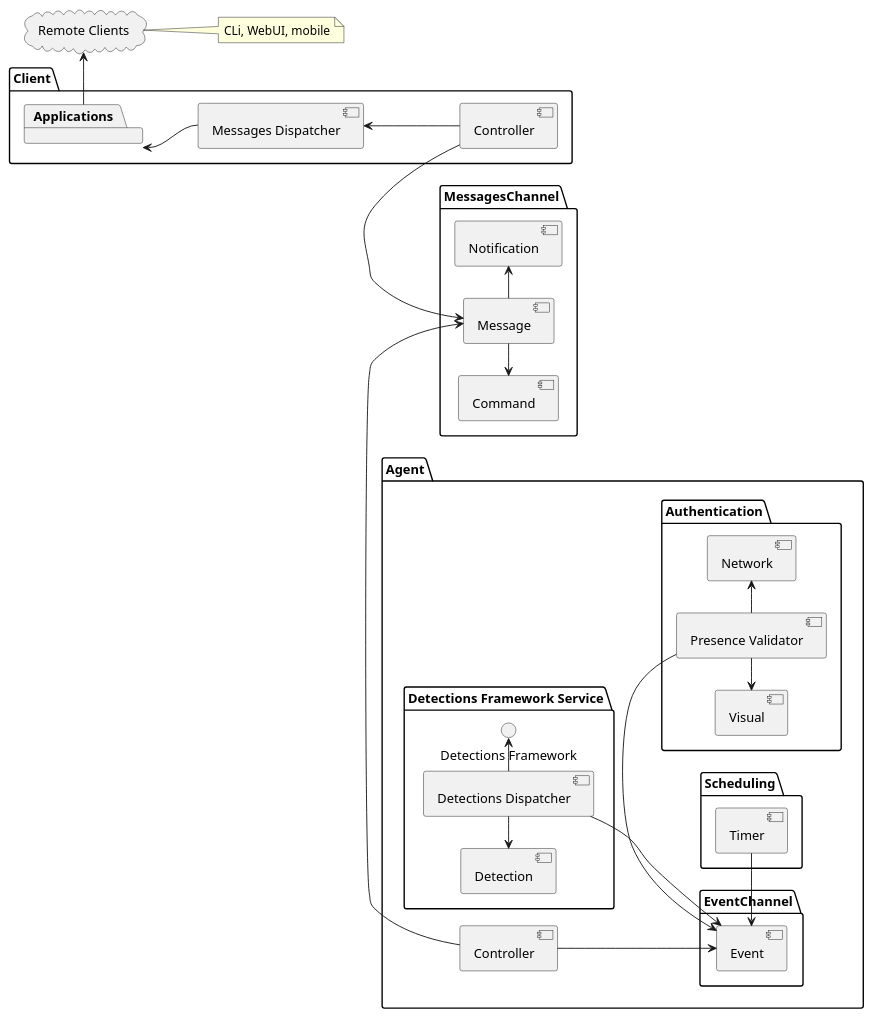
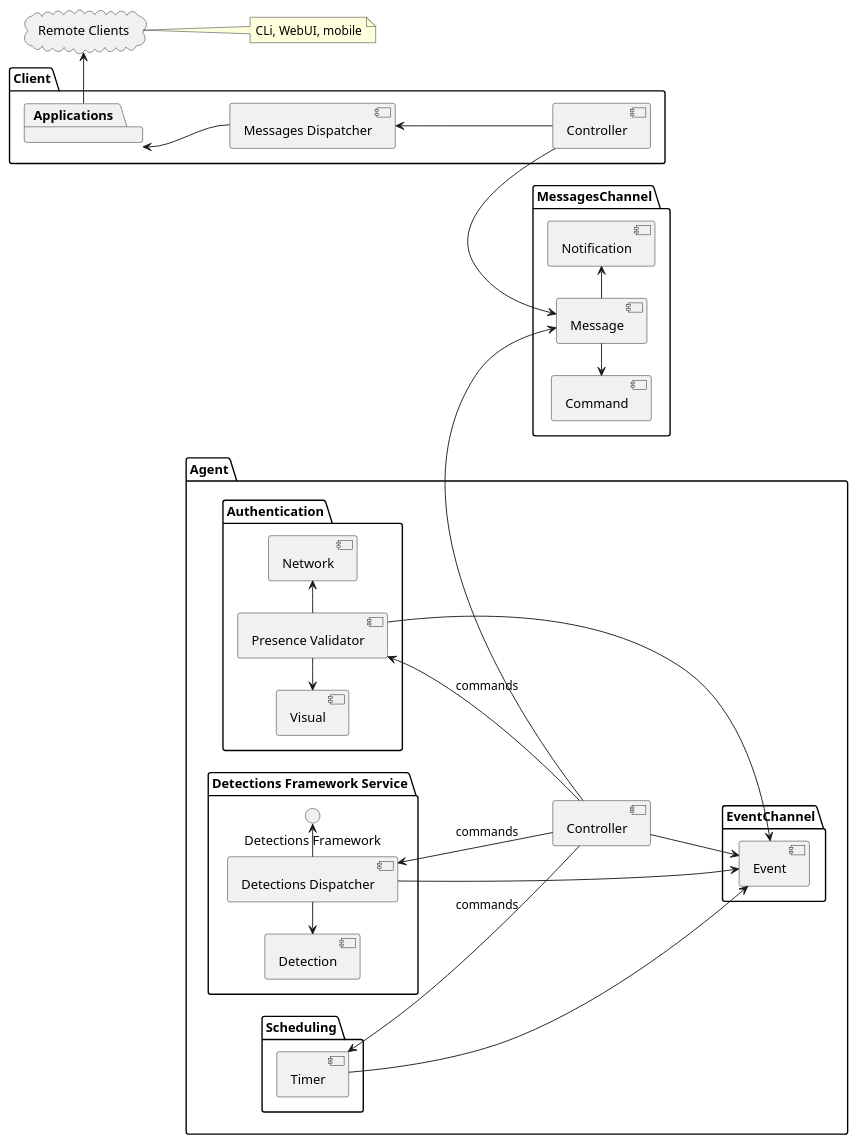
One commit to saratoga8/motion_notifier changed the diagram in docs/components.puml. Above: the diagram before and after it, drawn with PlantUML. The commit also changed 1 other file, not shown here.

```diff
--- a/docs/components.puml
+++ b/docs/components.puml
@@ -1,60 +1,64 @@
 @startuml
 'https://plantuml.com/component-diagram
 
 left to right direction
 
 package "Agent" {
     [Controller] as Agent_Controller
     package "Authentication" {
       [Presence Validator]
       [Network]
       [Visual]
     }
 
     package "Detections Framework Service" {
       () "Detections Framework" as DF
       [Detections Dispatcher] -> DF
       [Detection] <- [Detections Dispatcher]
     }
 
 
     package EventChannel {
       Agent_Controller --> [Event]
       [Presence Validator] -> [Event]
       [Detections Dispatcher] --> [Event]
     }
 
     package "Scheduling" {
       [Timer] -> [Event]
     }
 
 }
 
 package "Client" {
     [Controller] as Client_Controller
     [Messages Dispatcher] <-- Client_Controller
 
     package [Applications] {
     }
 }
 
 package MessagesChannel {
     [Command] <- [Message]
     [Message]
     [Message] -> [Notification]
 }
 
 
 cloud "Remote Clients" {
 }
 
 [Applications] <-- [Messages Dispatcher]
 [Applications] -> "Remote Clients"
 Client_Controller -> [Message]
 Agent_Controller -> [Message]
 
+[Detections Dispatcher] <-- Agent_Controller : commands
+[Presence Validator] <-- Agent_Controller : commands
+[Timer] <-- Agent_Controller : commands
+
 [Presence Validator] -> [Network]
 [Visual] <- [Presence Validator]
 
 note right of "Remote Clients": CLi, WebUI, mobile
 @enduml
```
